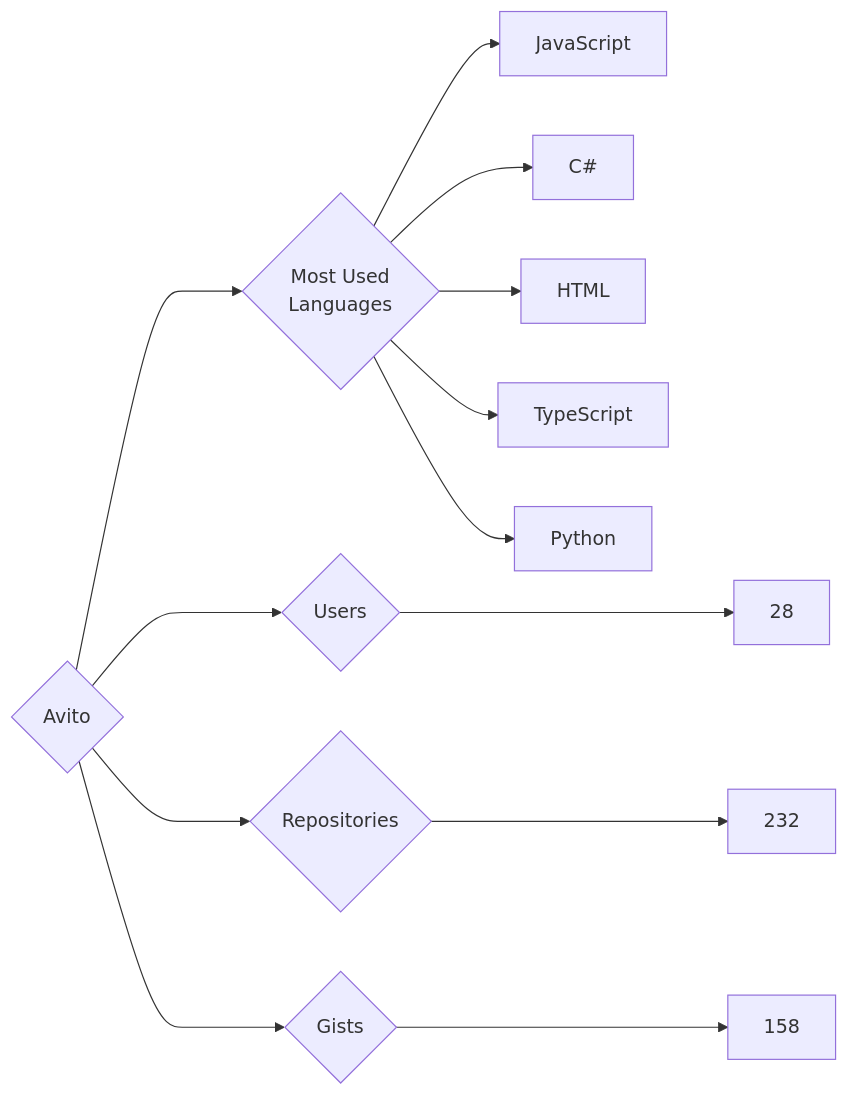
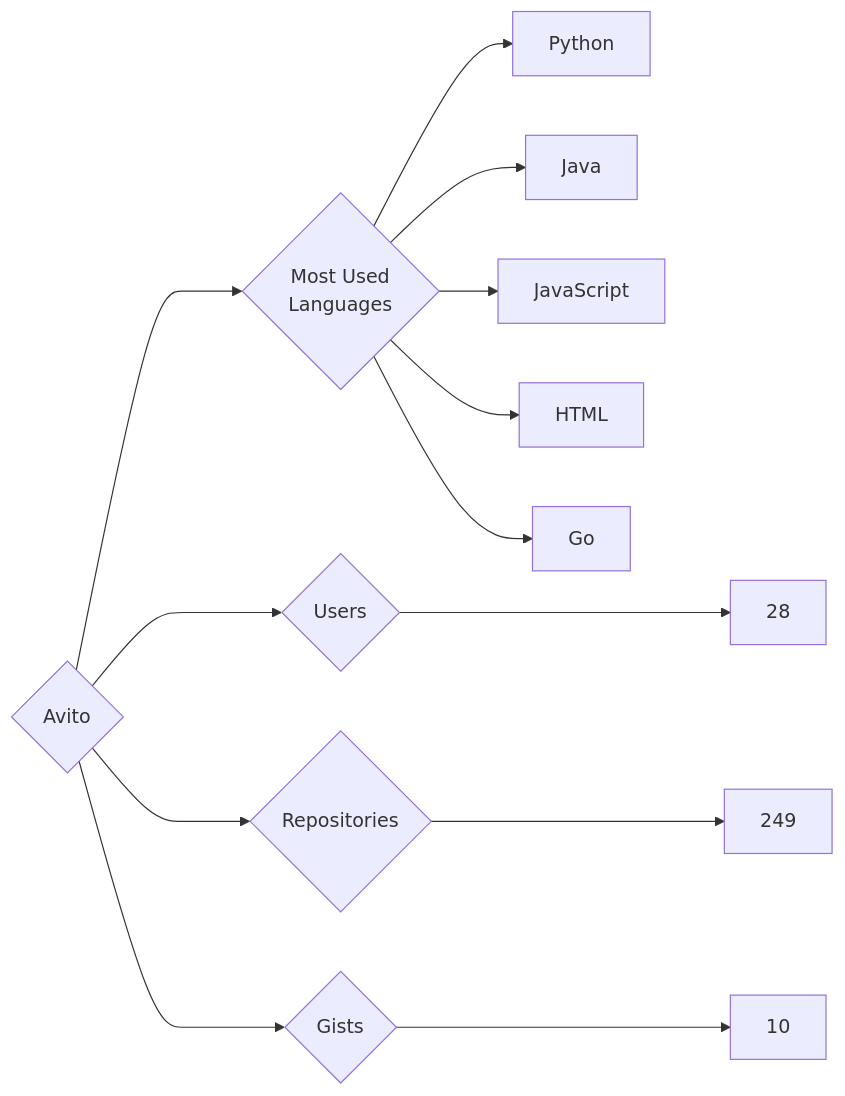
One commit to trickest/insiders changed the diagram in targets/Avito/README.md. Above: the diagram before and after it, drawn with Mermaid. The commit also changed 814 other files, not shown here.

````diff
--- a/targets/Avito/README.md
+++ b/targets/Avito/README.md
@@ -3,13 +3,13 @@
 ```mermaid
 graph LR
 COMPANY_NAME{Avito}
 COMPANY_NAME ---> U{Users} ---> UN[28]
-COMPANY_NAME ---> R{Repositories} ---> RN[232]
-COMPANY_NAME ---> G{Gists} ---> GN[158]
+COMPANY_NAME ---> R{Repositories} ---> RN[249]
+COMPANY_NAME ---> G{Gists} ---> GN[10]
 COMPANY_NAME ---> ML{Most Used<br>Languages}
+ML --> Python[Python]
+ML --> Java[Java]
 ML --> JavaScript[JavaScript]
-ML --> C#[C#]
 ML --> HTML[HTML]
-ML --> TypeScript[TypeScript]
-ML --> Python[Python]
+ML --> Go[Go]
 ```
````
